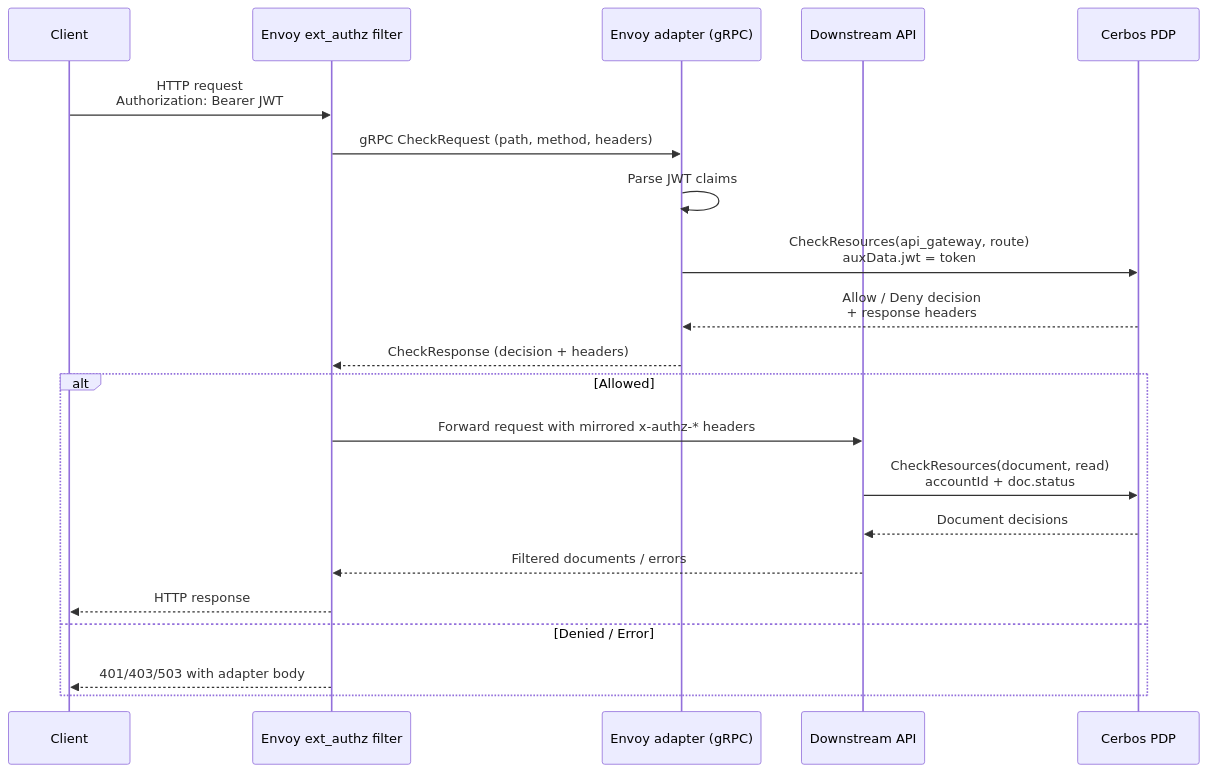
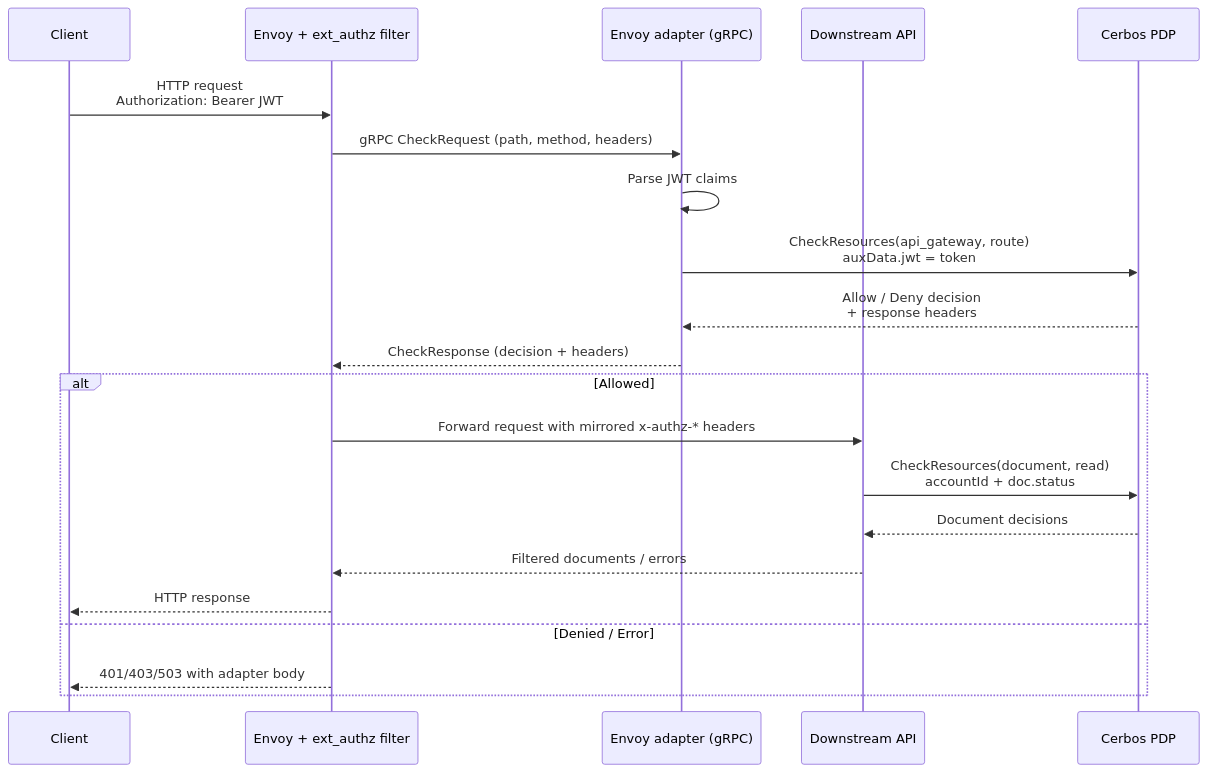
One commit to alexolivier/cerbos-envoy-example-with-claim changed the diagram in README.md. Above: the diagram before and after it, drawn with Mermaid.

Commit message:
Fix typo in Envoy participant label in diagram

````diff
--- a/README.md
+++ b/README.md
@@ -14,24 +14,24 @@
 ```mermaid
 sequenceDiagram
     participant Client
-    participant Envoy as Envoy ext_authz filter
+    participant Envoy as Envoy + ext_authz filter
     participant Adapter as Envoy adapter (gRPC)
     participant API as Downstream API
     participant Cerbos as Cerbos PDP
 
     Client->>Envoy: HTTP request<br/>Authorization: Bearer JWT
     Envoy->>Adapter: gRPC CheckRequest (path, method, headers)
     Adapter->>Adapter: Parse JWT claims
     Adapter->>Cerbos: CheckResources(api_gateway, route)<br/>auxData.jwt = token
     Cerbos-->>Adapter: Allow / Deny decision<br/>+ response headers
     Adapter-->>Envoy: CheckResponse (decision + headers)
     alt Allowed
         Envoy->>API: Forward request with mirrored x-authz-* headers
         API->>Cerbos: CheckResources(document, read)<br/>accountId + doc.status
         Cerbos-->>API: Document decisions
         API-->>Envoy: Filtered documents / errors
         Envoy-->>Client: HTTP response
     else Denied / Error
         Envoy-->>Client: 401/403/503 with adapter body
     end
 ```
````
